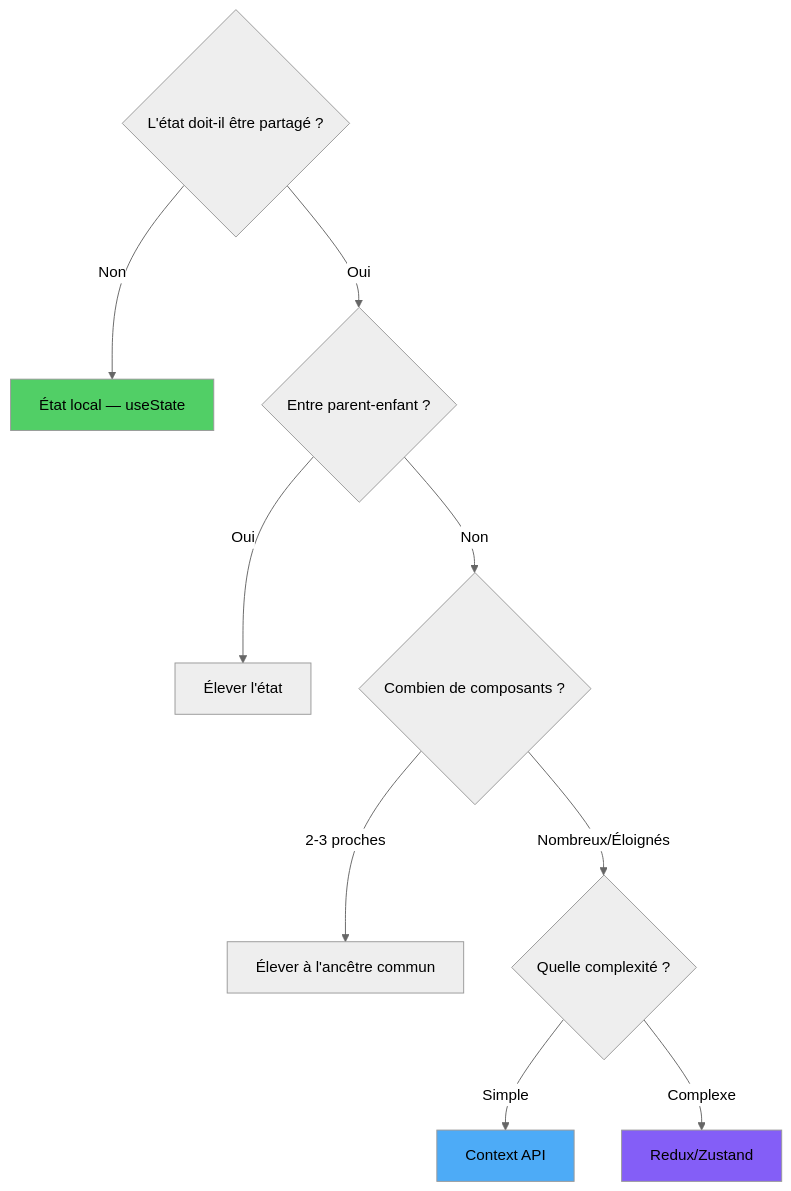
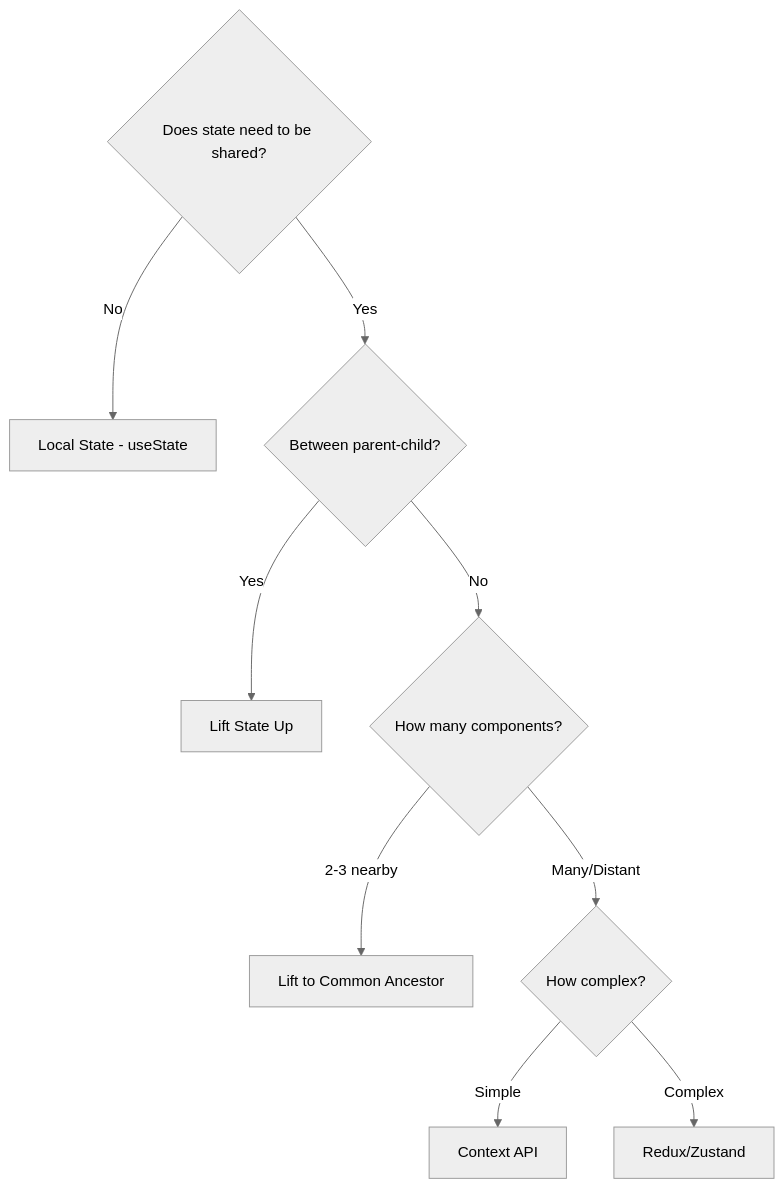
One commit to BabaScience/react-guides changed the second of 7 diagrams in arguments/chapters/fr/06-state-management.md. Above: the diagram before and after it, drawn with Mermaid (neutral theme). The commit also changed other lines of this file and 29 other files, not shown here.

First line of the commit message:
Bring React FR/IT translations to full English parity + theme-safe diagrams

````diff
--- a/arguments/chapters/fr/06-state-management.md
+++ b/arguments/chapters/fr/06-state-management.md
@@ -64,18 +110,15 @@
 ```mermaid
 graph TD
-    A{"L'état doit-il être partagé ?"} -->|Non| B["État local — useState"]
-    A -->|Oui| C{"Entre parent-enfant ?"}
-
-    C -->|Oui| D["Élever l'état"]
-    C -->|Non| E{"Combien de composants ?"}
-
-    E -->|2-3 proches| F["Élever à l'ancêtre commun"]
-    E -->|Nombreux/Éloignés| G{"Quelle complexité ?"}
-
-    G -->|Simple| H["Context API"]
-    G -->|Complexe| I["Redux/Zustand"]
-
-    style B fill:#51cf66
-    style H fill:#4dabf7
-    style I fill:#845ef7
+    A{Does state need to be shared?} -->|No| B[Local State - useState]
+    A -->|Yes| C{Between parent-child?}
+    
+    C -->|Yes| D[Lift State Up]
+    C -->|No| E{How many components?}
+    
+    E -->|2-3 nearby| F[Lift to Common Ancestor]
+    E -->|Many/Distant| G{How complex?}
+    
+    G -->|Simple| H[Context API]
+    G -->|Complex| I[Redux/Zustand]
+    
 ```
````
